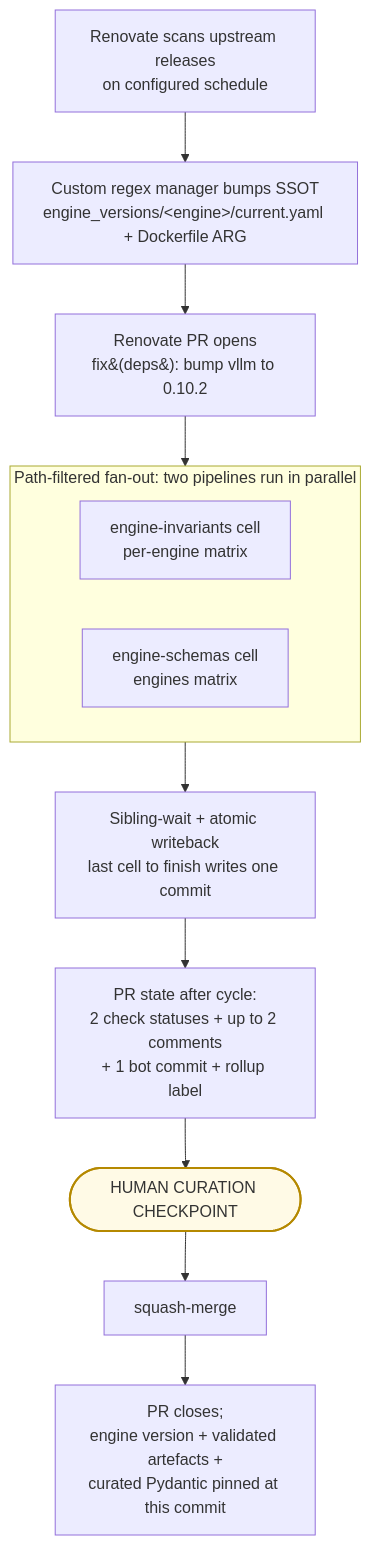
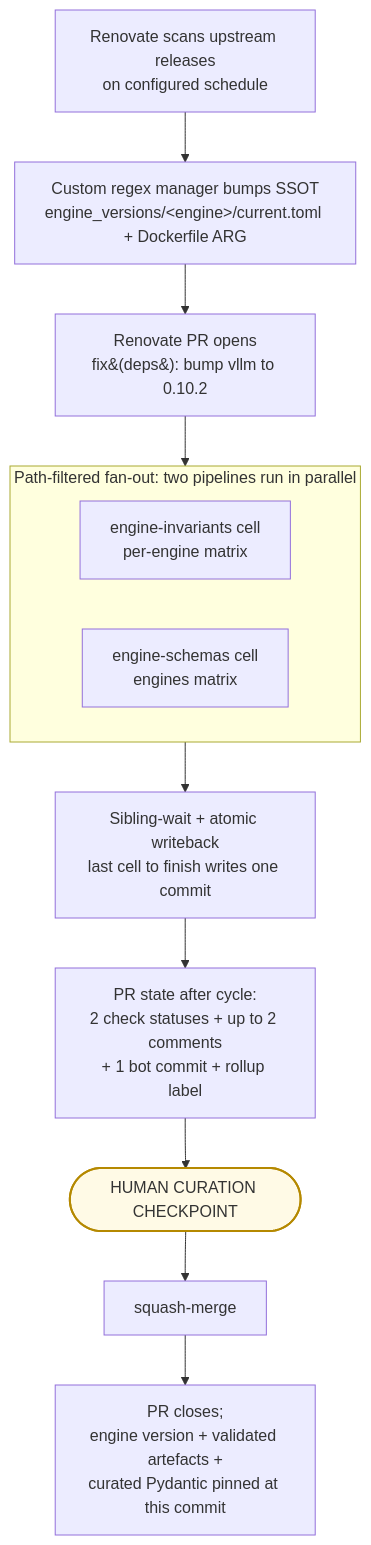
Before and after one commit to henrycgbaker/LLenergyMeasure: the second of 3 diagrams in docs/explanation/architecture/pipeline-architecture.md, drawn with Mermaid. The commit also changed other lines of this file and 41 other files, not shown here.

Commit message:
feat(producers): migrate current.yaml -> current.toml for strict typing

````diff
--- a/docs/explanation/architecture/pipeline-architecture.md
+++ b/docs/explanation/architecture/pipeline-architecture.md
@@ -53,24 +53,24 @@
 ```mermaid
 flowchart TD
     renovate[Renovate scans upstream releases<br/>on configured schedule]
-    bump[Custom regex manager bumps SSOT<br/>engine_versions/&lt;engine&gt;/current.yaml + Dockerfile ARG]
+    bump[Custom regex manager bumps SSOT<br/>engine_versions/&lt;engine&gt;/current.toml + Dockerfile ARG]
     pr[Renovate PR opens<br/>fix&#40;deps&#41;: bump vllm to 0.10.2]
 
     renovate --> bump --> pr
 
     subgraph parallel["Path-filtered fan-out: two pipelines run in parallel"]
         direction LR
         inv[engine-invariants cell<br/>per-engine matrix]
         sch[engine-schemas cell<br/>engines matrix]
     end
 
     pr --> parallel
     parallel --> wait[Sibling-wait + atomic writeback<br/>last cell to finish writes one commit]
     wait --> summary[PR state after cycle:<br/>2 check statuses + up to 2 comments<br/>+ 1 bot commit + rollup label]
     summary --> human([HUMAN CURATION CHECKPOINT])
     human --> merge[squash-merge]
     merge --> closed[PR closes;<br/>engine version + validated artefacts +<br/>curated Pydantic pinned at this commit]
 
     classDef chk fill:#fffae6,stroke:#b58900,stroke-width:2px;
     class human chk;
 ```
````
